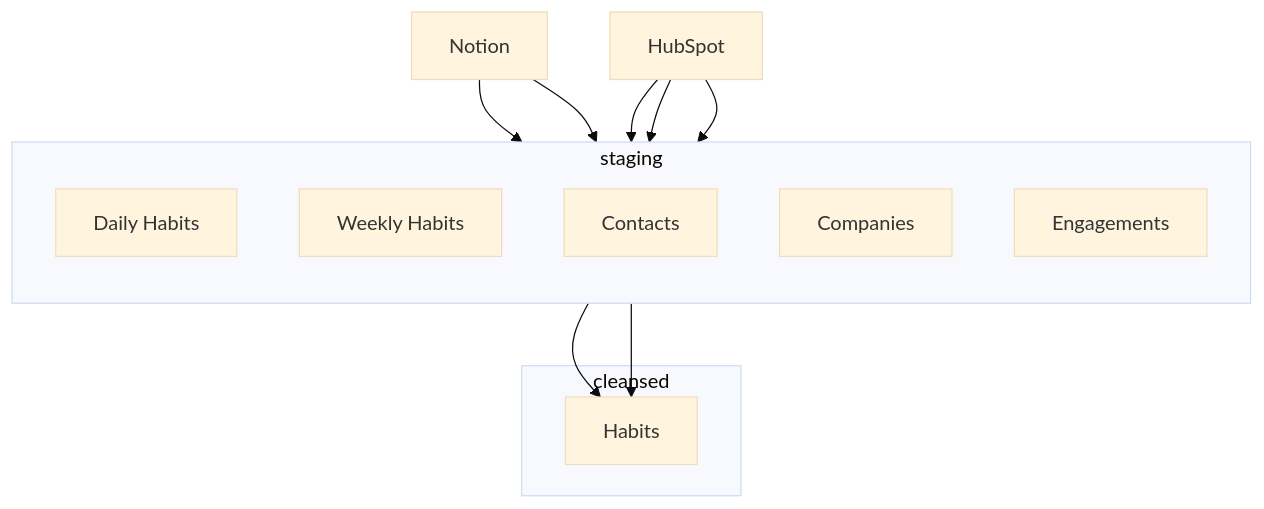
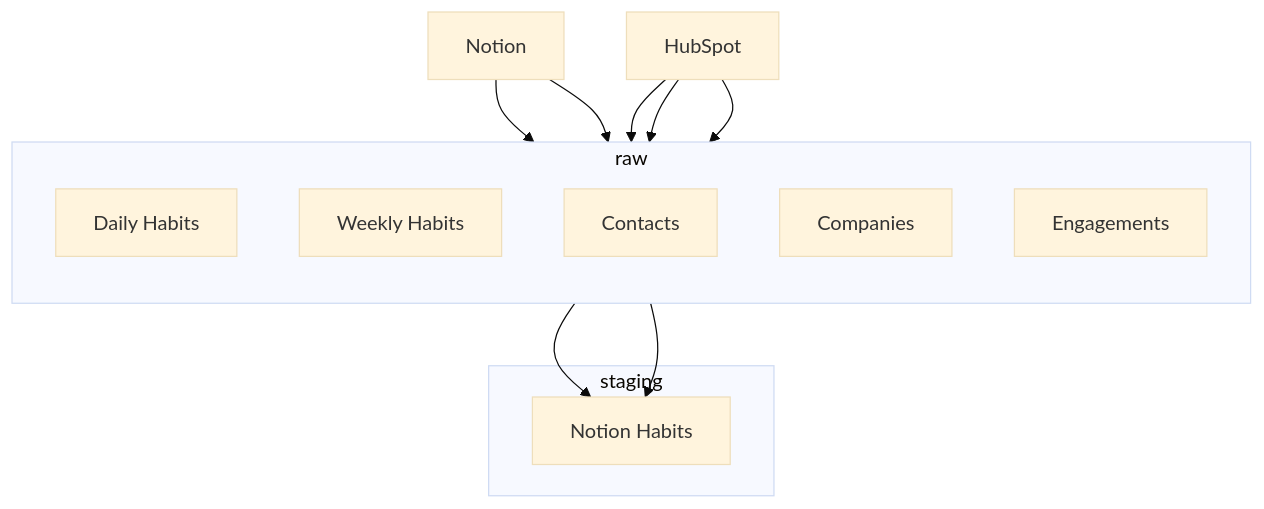
Before and after one commit to michaelconan/personal-reporting-pipelines: the diagram in README.md, drawn with Mermaid (base theme). The commit also changed other lines of this file and 22 other files, not shown here.

Commit message:
feat: add airflow configs, scripts, CI workflow, notion flows@

````diff
--- a/README.md
+++ b/README.md
@@ -19,31 +19,31 @@
 ```mermaid
 graph TB
 
-    %% Soruces
+    %% Sources
     S1[Notion]
     S2[HubSpot]
 
-    subgraph staging
+    subgraph raw
         direction TB
         L1[Daily Habits]
         L2[Weekly Habits]
         L3[Contacts]
         L4[Companies]
         L5[Engagements]
     end
 
-    %% Source to Staging Flows
+    %% Raw to Staging Flows
     S1 --> L1
     S1 --> L2
     S2 --> L3
     S2 --> L4
     S2 --> L5
 
-    subgraph cleansed
-        C1[Habits]
+    subgraph staging
+        C1[Notion Habits]
     end
 
-    %% Staging to Cleansed Flows
+    %% Staging to Intermediate Flows
     L1 --> C1
     L2 --> C1
 ```
````
